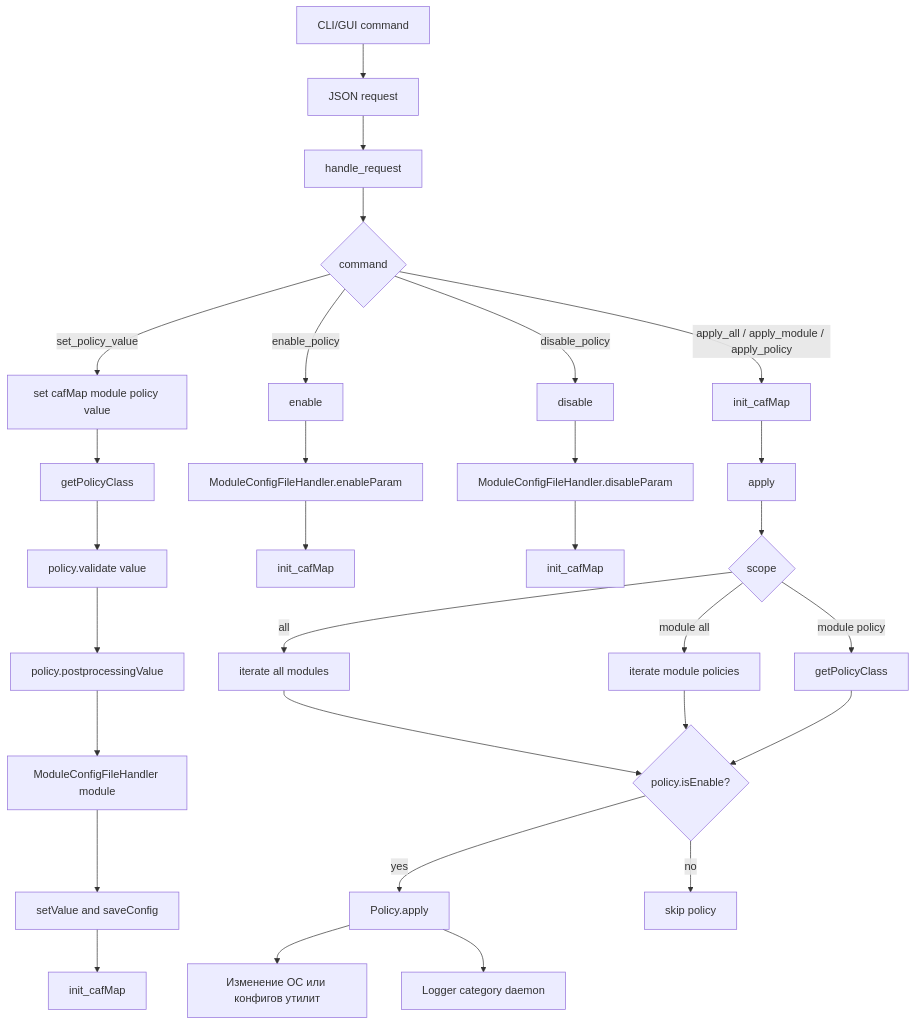
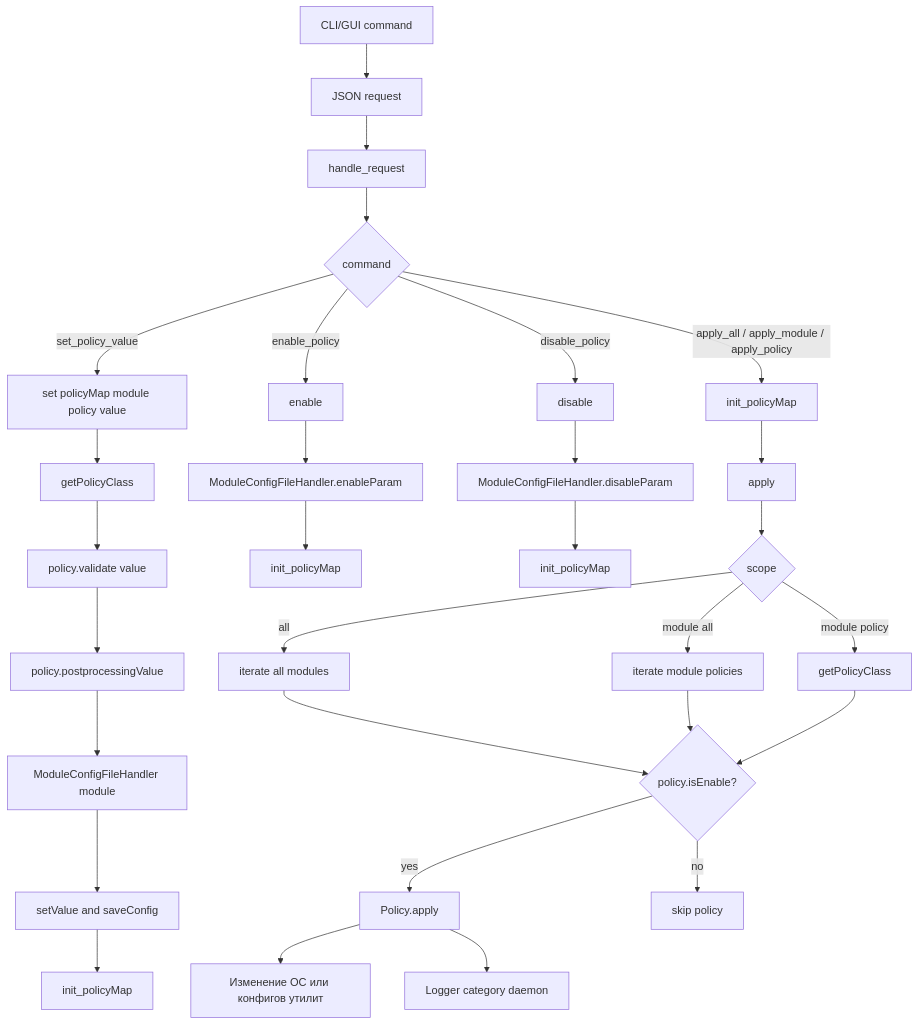
Before and after one commit to RevoltStar/FIC: the sixth of 10 diagrams in docs/architecture-diagrams.md, drawn with Mermaid. The commit also changed other lines of this file and 4 other files, not shown here.

Commit message:
Переименование init_cafMap в init_policyMap, а cafMap в policyMap в коде и документации

````diff
--- a/docs/architecture-diagrams.md
+++ b/docs/architecture-diagrams.md
@@ -188,37 +188,37 @@
 ```mermaid
 flowchart TD
     clientCommand[CLI/GUI command] --> json[JSON request]
     json --> router[handle_request]
 
     router --> commandType{command}
 
-    commandType -->|set_policy_value| setFn[set cafMap module policy value]
+    commandType -->|set_policy_value| setFn[set policyMap module policy value]
     setFn --> getPolicy[getPolicyClass]
     getPolicy --> validate[policy.validate value]
     validate --> postprocess[policy.postprocessingValue]
     postprocess --> moduleConfig[ModuleConfigFileHandler module]
     moduleConfig --> saveValue[setValue and saveConfig]
-    saveValue --> reloadAfterSet[init_cafMap]
+    saveValue --> reloadAfterSet[init_policyMap]
 
     commandType -->|enable_policy| enableFn[enable]
     enableFn --> enableConfig[ModuleConfigFileHandler.enableParam]
-    enableConfig --> reloadAfterEnable[init_cafMap]
+    enableConfig --> reloadAfterEnable[init_policyMap]
 
     commandType -->|disable_policy| disableFn[disable]
     disableFn --> disableConfig[ModuleConfigFileHandler.disableParam]
-    disableConfig --> reloadAfterDisable[init_cafMap]
+    disableConfig --> reloadAfterDisable[init_policyMap]
 
-    commandType -->|apply_all / apply_module / apply_policy| reloadBeforeApply[init_cafMap]
+    commandType -->|apply_all / apply_module / apply_policy| reloadBeforeApply[init_policyMap]
     reloadBeforeApply --> apply[apply]
     apply --> chooseScope{scope}
     chooseScope -->|all| allModules[iterate all modules]
     chooseScope -->|module all| oneModule[iterate module policies]
     chooseScope -->|module policy| onePolicy[getPolicyClass]
     allModules --> enabledOnly{policy.isEnable?}
     oneModule --> enabledOnly
     onePolicy --> enabledOnly
     enabledOnly -->|yes| caf[Policy.apply]
     enabledOnly -->|no| skip[skip policy]
     caf --> osChange[Изменение ОС или конфигов утилит]
     caf --> log[Logger category daemon]
 ```
````
